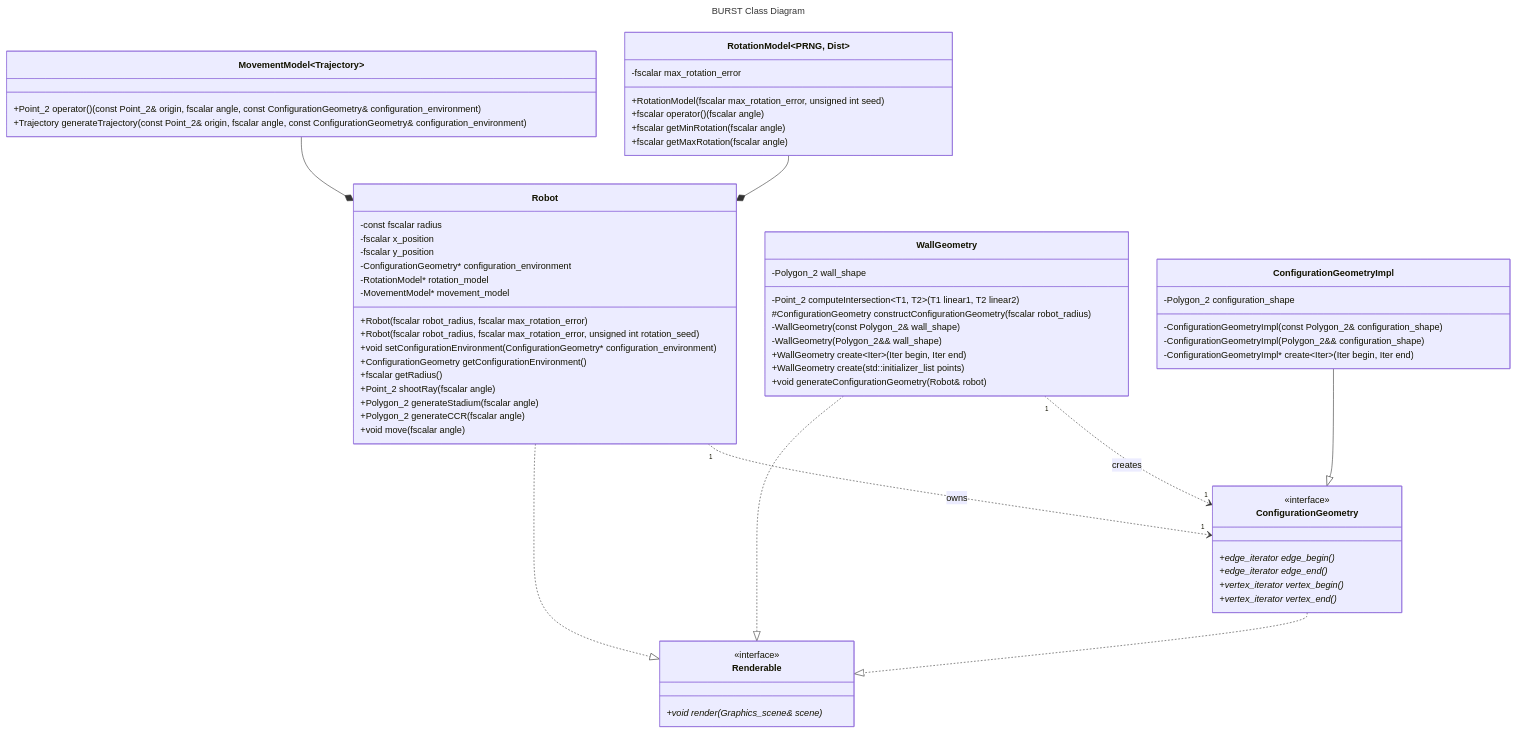
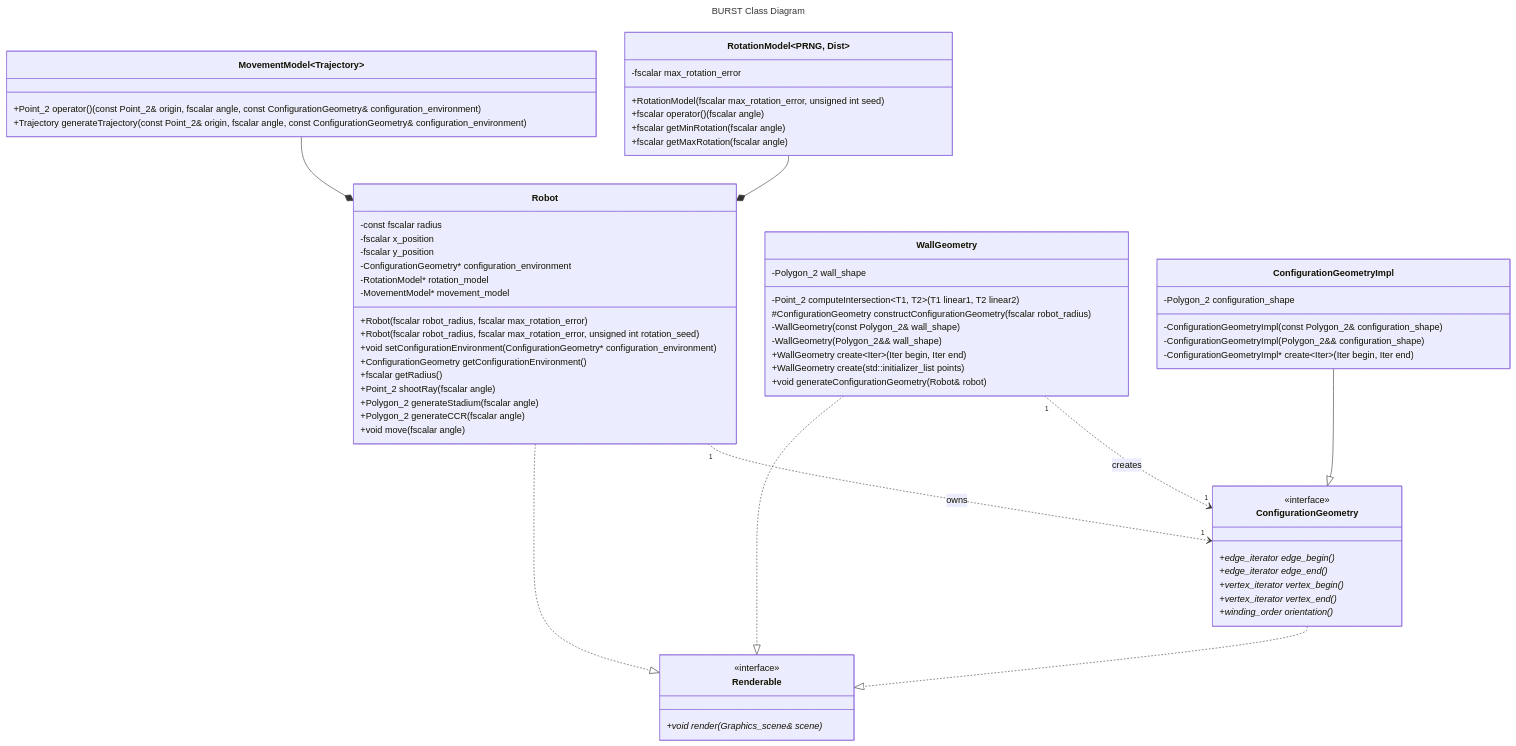
The diagram in docs/DESIGN.md (KedarPanchal/DAIR-BURST), drawn with Mermaid before and after one commit. The commit also changed 4 other files, not shown here.

````diff
--- a/docs/DESIGN.md
+++ b/docs/DESIGN.md
@@ -16,80 +16,81 @@
 ```mermaid
 ---
 title: BURST Class Diagram
 ---
 classDiagram
     direction TD
     class RotationModel~PRNG, Dist~ {
         -fscalar max_rotation_error
         
         +RotationModel(fscalar max_rotation_error, unsigned int seed)
         +fscalar operator() (fscalar angle)
         +fscalar getMinRotation(fscalar angle)
         +fscalar getMaxRotation(fscalar angle)
     }
     
     class MovementModel~Trajectory~ {
         +Point_2 operator() (const Point_2& origin, fscalar angle, const ConfigurationGeometry& configuration_environment)
         +Trajectory generateTrajectory(const Point_2& origin, fscalar angle, const ConfigurationGeometry& configuration_environment)
     }
 
     class Renderable {
         +void render(Graphics_scene& scene)*
     }
     <<interface>> Renderable
 
     class Robot {
         -const fscalar radius
         -fscalar x_position
         -fscalar y_position
         -ConfigurationGeometry* configuration_environment
         -RotationModel* rotation_model
         -MovementModel* movement_model
 
         +Robot(fscalar robot_radius, fscalar max_rotation_error)
         +Robot(fscalar robot_radius, fscalar max_rotation_error, unsigned int rotation_seed)
         +void setConfigurationEnvironment(ConfigurationGeometry* configuration_environment)
         +ConfigurationGeometry getConfigurationEnvironment()
         +fscalar getRadius()
         +Point_2 shootRay(fscalar angle)
         +Polygon_2 generateStadium(fscalar angle)
         +Polygon_2 generateCCR(fscalar angle)
         +void move(fscalar angle)
     }
     Robot ..|> Renderable
     MovementModel --* Robot
     RotationModel --* Robot
 
     class WallGeometry {
         -Polygon_2 wall_shape
 
         -Point_2 computeIntersection~T1, T2~(T1 linear1, T2 linear2)
         #ConfigurationGeometry constructConfigurationGeometry(fscalar robot_radius)
         -WallGeometry(const Polygon_2& wall_shape)
         -WallGeometry(Polygon_2&& wall_shape)
         +WallGeometry create~Iter~(Iter begin, Iter end)
         +WallGeometry create(std::initializer_list<Point_2> points)
         +void generateConfigurationGeometry(Robot& robot)
     }
     WallGeometry ..|> Renderable
 
     class ConfigurationGeometry {
         +edge_iterator edge_begin()*
         +edge_iterator edge_end()*
         +vertex_iterator vertex_begin()*
         +vertex_iterator vertex_end()*
+        +winding_order orientation()*
     }
     <<interface>> ConfigurationGeometry
     ConfigurationGeometry ..|> Renderable
     WallGeometry "1" ..> "1" ConfigurationGeometry : creates
     Robot "1" ..> "1" ConfigurationGeometry : owns
 
     class ConfigurationGeometryImpl {
         -Polygon_2 configuration_shape
 
         -ConfigurationGeometryImpl(const Polygon_2& configuration_shape)
         -ConfigurationGeometryImpl(Polygon_2&& configuration_shape)
         -ConfigurationGeometryImpl* create~Iter~(Iter begin, Iter end)
     }
     ConfigurationGeometryImpl --|> ConfigurationGeometry
 ```
````
